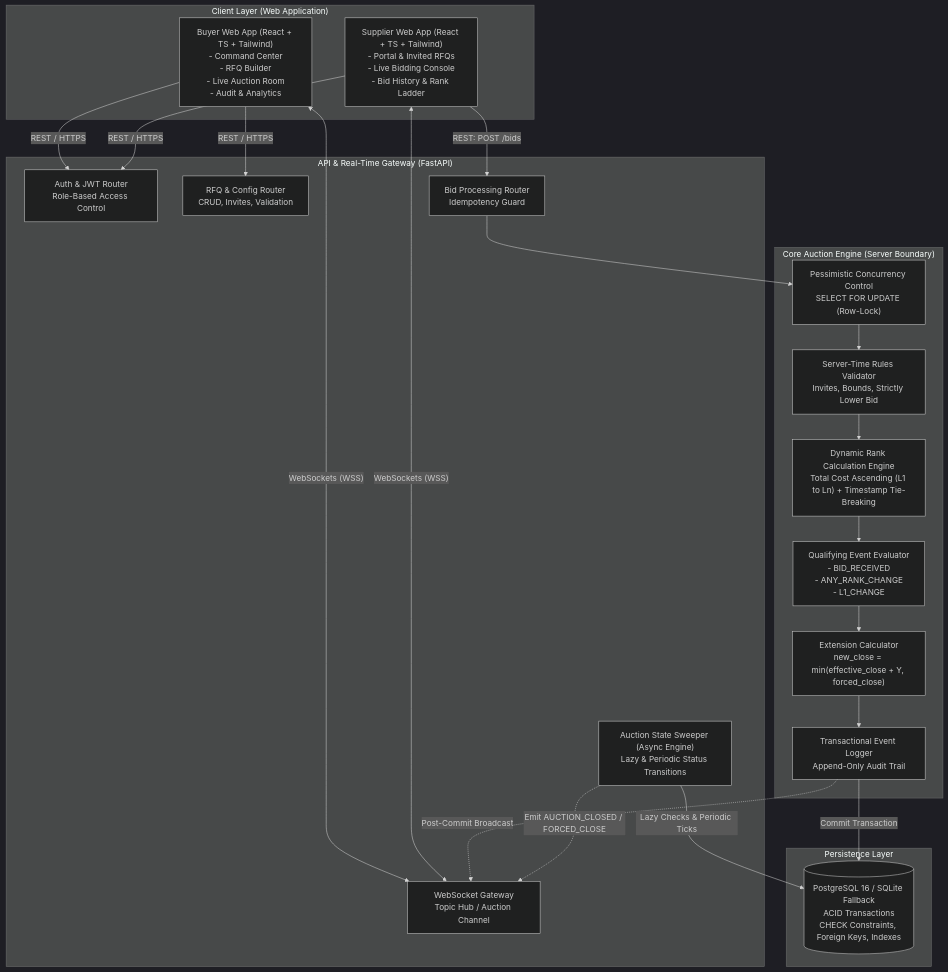
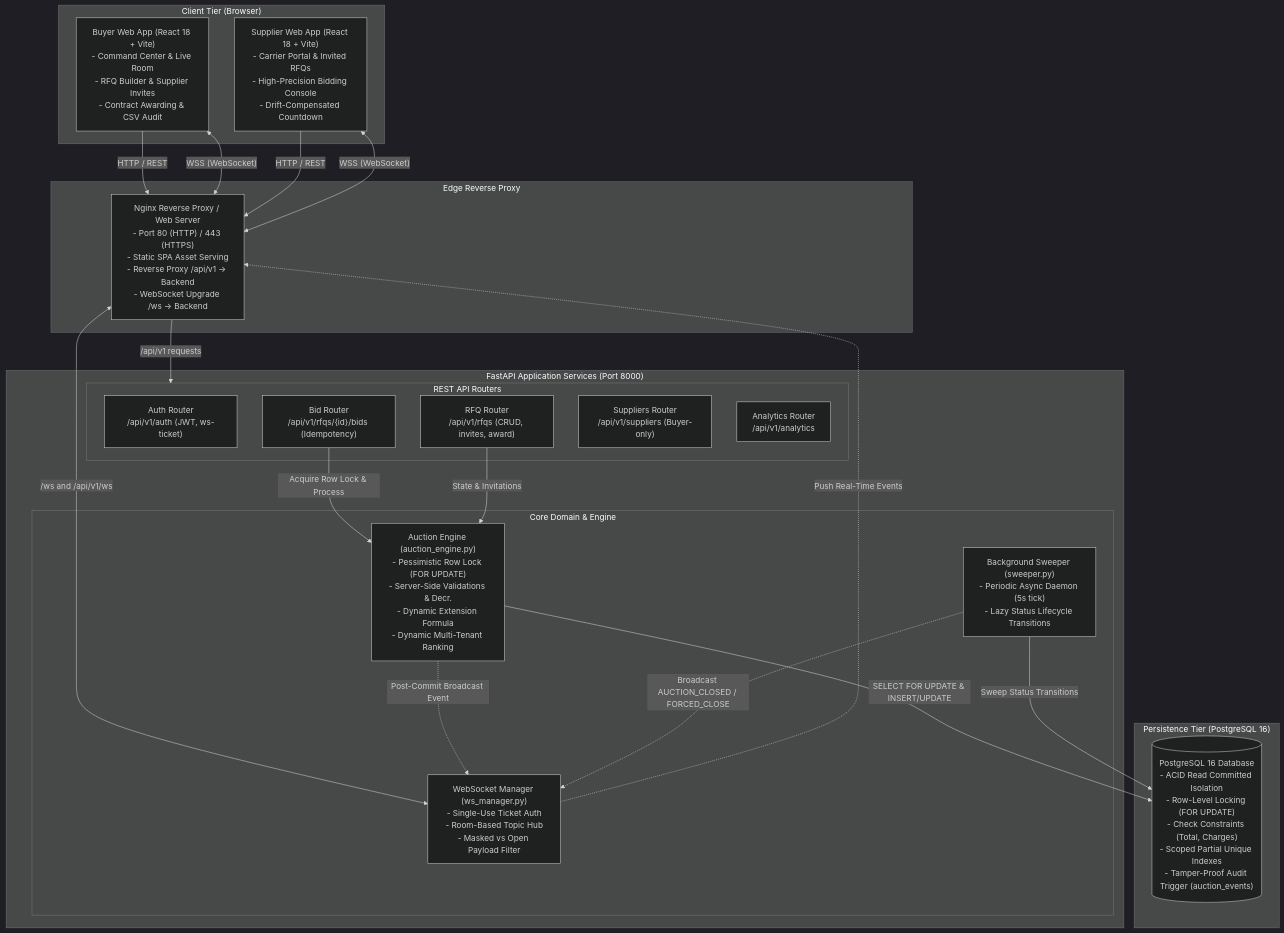
The first of 3 diagrams in docs/HLD.md (Venkateswar8703/British-Auction-in-RFQ-System), drawn with Mermaid (dark theme) before and after one commit. The commit also changed other lines of this file and 10 other files, not shown here.

Commit message:
docs: add HLD, architecture diagram and schema design

````diff
--- a/docs/HLD.md
+++ b/docs/HLD.md
@@ -15,48 +28,47 @@
 ```mermaid
 flowchart TB
-    subgraph ClientLayer ["Client Layer (Web Application)"]
-        UI_Buyer["Buyer Web App (React + TS + Tailwind)<br/>- Command Center<br/>- RFQ Builder<br/>- Live Auction Room<br/>- Audit & Analytics"]
-        UI_Supplier["Supplier Web App (React + TS + Tailwind)<br/>- Portal & Invited RFQs<br/>- Live Bidding Console<br/>- Bid History & Rank Ladder"]
+    subgraph Client ["Client Tier (Browser)"]
+        UI_Buyer["Buyer Web App (React 18 + Vite)<br/>- Command Center & Live Room<br/>- RFQ Builder & Supplier Invites<br/>- Contract Awarding & CSV Audit"]
+        UI_Supplier["Supplier Web App (React 18 + Vite)<br/>- Carrier Portal & Invited RFQs<br/>- High-Precision Bidding Console<br/>- Drift-Compensated Countdown"]
     end
 
-    subgraph APILayer ["API & Real-Time Gateway (FastAPI)"]
-        Router_Auth["Auth & JWT Router<br/>Role-Based Access Control"]
-        Router_RFQ["RFQ & Config Router<br/>CRUD, Invites, Validation"]
-        Router_Bid["Bid Processing Router<br/>Idempotency Guard"]
-        Router_WS["WebSocket Gateway<br/>Topic Hub / Auction Channel"]
-        Background_Sweeper["Auction State Sweeper (Async Engine)<br/>Lazy & Periodic Status Transitions"]
+    subgraph ReverseProxy ["Edge Reverse Proxy"]
+        Nginx["Nginx Reverse Proxy / Web Server<br/>- Port 80 (HTTP) / 443 (HTTPS)<br/>- Static SPA Asset Serving<br/>- Reverse Proxy /api/v1 -> Backend<br/>- WebSocket Upgrade /ws -> Backend"]
     end
 
-    subgraph EngineLayer ["Core Auction Engine (Server Boundary)"]
-        LockManager["Pessimistic Concurrency Control<br/>SELECT FOR UPDATE (Row-Lock)"]
-        Validator["Server-Time Rules Validator<br/>Invites, Bounds, Strictly Lower Bid"]
-        RankEngine["Dynamic Rank Calculation Engine<br/>Total Cost Ascending (L1 to Ln) + Timestamp Tie-Breaking"]
-        TriggerEvaluator["Qualifying Event Evaluator<br/>- BID_RECEIVED<br/>- ANY_RANK_CHANGE<br/>- L1_CHANGE"]
-        ExtensionEngine["Extension Calculator<br/>new_close = min(effective_close + Y, forced_close)"]
-        EventDispatcher["Transactional Event Logger<br/>Append-Only Audit Trail"]
+    subgraph BackendApp ["FastAPI Application Services (Port 8000)"]
+        subgraph Routers ["REST API Routers"]
+            AuthRouter["Auth Router<br/>/api/v1/auth (JWT, ws-ticket)"]
+            RFQRouter["RFQ Router<br/>/api/v1/rfqs (CRUD, invites, award)"]
+            BidRouter["Bid Router<br/>/api/v1/rfqs/{id}/bids (Idempotency)"]
+            SupplierRouter["Suppliers Router<br/>/api/v1/suppliers (Buyer-only)"]
+            AnalyticsRouter["Analytics Router<br/>/api/v1/analytics"]
+        end
+
+        subgraph CoreServices ["Core Domain & Engine"]
+            AuctionEngine["Auction Engine (auction_engine.py)<br/>- Pessimistic Row Lock (FOR UPDATE)<br/>- Server-Side Validations & Decr.<br/>- Dynamic Extension Formula<br/>- Dynamic Multi-Tenant Ranking"]
+            WSManager["WebSocket Manager (ws_manager.py)<br/>- Single-Use Ticket Auth<br/>- Room-Based Topic Hub<br/>- Masked vs Open Payload Filter"]
+            Sweeper["Background Sweeper (sweeper.py)<br/>- Periodic Async Daemon (5s tick)<br/>- Lazy Status Lifecycle Transitions"]
+        end
     end
 
-    subgraph StorageLayer ["Persistence Layer"]
-        DB[("PostgreSQL 16 / SQLite Fallback<br/>ACID Transactions<br/>CHECK Constraints, Foreign Keys, Indexes")]
+    subgraph DatabaseTier ["Persistence Tier (PostgreSQL 16)"]
+        Postgres[("PostgreSQL 16 Database<br/>- ACID Read Committed Isolation<br/>- Row-Level Locking (FOR UPDATE)<br/>- Check Constraints (Total, Charges)<br/>- Scoped Partial Unique Indexes<br/>- Tamper-Proof Audit Trigger (auction_events)")]
     end
 
-    UI_Buyer -->|"REST / HTTPS"| Router_Auth
-    UI_Buyer -->|"REST / HTTPS"| Router_RFQ
-    UI_Buyer <-->|"WebSockets (WSS)"| Router_WS
-    
-    UI_Supplier -->|"REST / HTTPS"| Router_Auth
-    UI_Supplier -->|"REST: POST /bids"| Router_Bid
-    UI_Supplier <-->|"WebSockets (WSS)"| Router_WS
+    UI_Buyer -->|"HTTP / REST"| Nginx
+    UI_Buyer <-->|"WSS (WebSocket)"| Nginx
+    UI_Supplier -->|"HTTP / REST"| Nginx
+    UI_Supplier <-->|"WSS (WebSocket)"| Nginx
 
-    Router_Bid --> LockManager
-    LockManager --> Validator
-    Validator --> RankEngine
-    RankEngine --> TriggerEvaluator
-    TriggerEvaluator --> ExtensionEngine
-    ExtensionEngine --> EventDispatcher
-    
-    EventDispatcher -->|"Commit Transaction"| DB
-    EventDispatcher -.->|"Post-Commit Broadcast"| Router_WS
-    Background_Sweeper -->|"Lazy Checks & Periodic Ticks"| DB
-    Background_Sweeper -.->|"Emit AUCTION_CLOSED / FORCED_CLOSE"| Router_WS
+    Nginx -->|"/api/v1 requests"| Routers
+    Nginx <-->|"/ws and /api/v1/ws"| WSManager
+
+    BidRouter -->|"Acquire Row Lock & Process"| AuctionEngine
+    RFQRouter -->|"State & Invitations"| AuctionEngine
+    AuctionEngine -->|"SELECT FOR UPDATE & INSERT/UPDATE"| Postgres
+    AuctionEngine -.->|"Post-Commit Broadcast Event"| WSManager
+    WSManager -.->|"Push Real-Time Events"| Nginx
+    Sweeper -->|"Sweep Status Transitions"| Postgres
+    Sweeper -.->|"Broadcast AUCTION_CLOSED / FORCED_CLOSE"| WSManager
 ```
````
